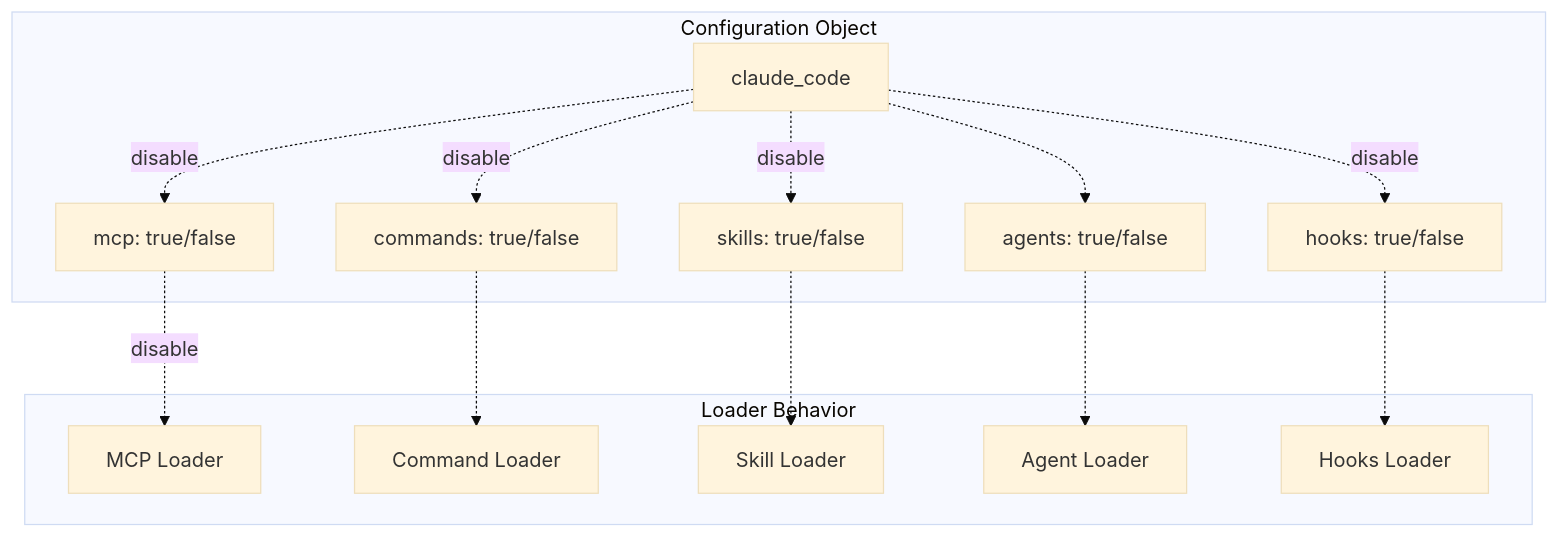
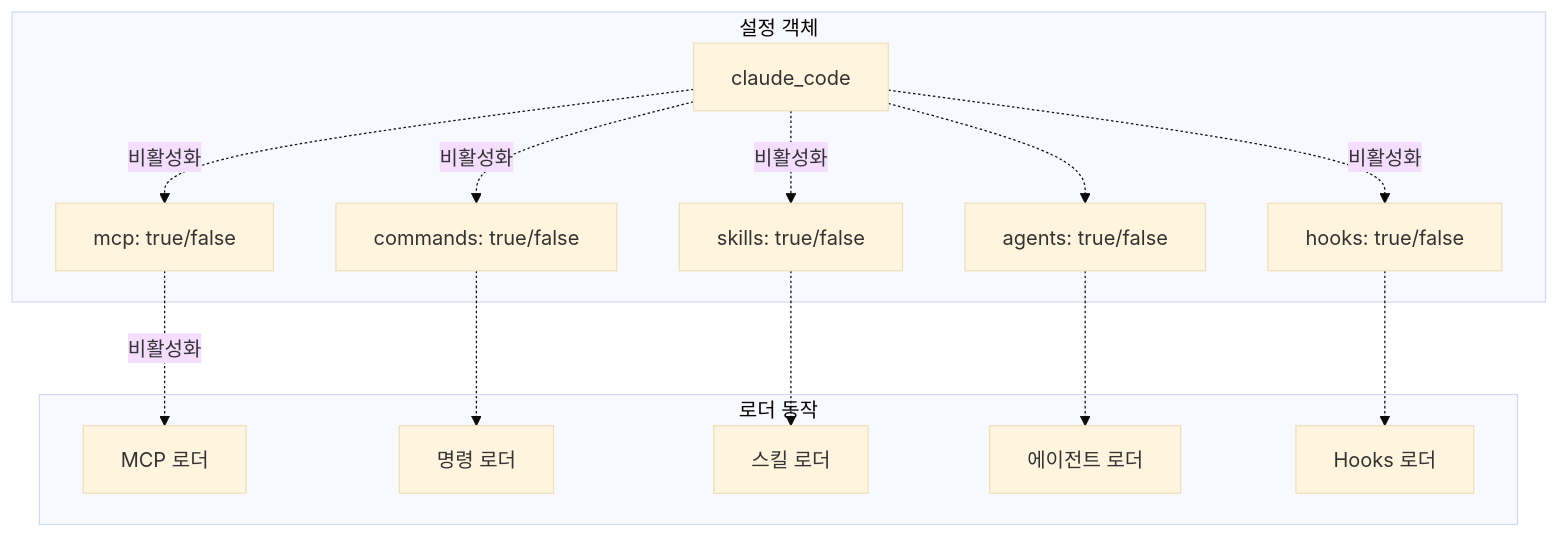
One commit to felipetruman/oh-my-opencode-docs changed diagram 11 of 11 in docs/compatibility/claude-code-compatibility.md. Above: the diagram before and after it, drawn with Mermaid (base theme). The commit also changed other lines of this file and 76 other files, not shown here.

````diff
--- a/docs/compatibility/claude-code-compatibility.md
+++ b/docs/compatibility/claude-code-compatibility.md
@@ -733,43 +733,43 @@
 ```mermaid
 flowchart TD
 
 ClaudeCodeConfig["claude_code"]
 MCPToggle["mcp: true/false"]
 CommandsToggle["commands: true/false"]
 SkillsToggle["skills: true/false"]
 AgentsToggle["agents: true/false"]
 HooksToggle["hooks: true/false"]
-MCPLoader["MCP Loader"]
-CommandLoader["Command Loader"]
-SkillLoader["Skill Loader"]
-AgentLoader["Agent Loader"]
-HooksLoader["Hooks Loader"]
+MCPLoader["MCP 로더"]
+CommandLoader["명령 로더"]
+SkillLoader["스킬 로더"]
+AgentLoader["에이전트 로더"]
+HooksLoader["Hooks 로더"]
 
-MCPToggle -.->|"disable"| MCPLoader
+MCPToggle -.->|"비활성화"| MCPLoader
 CommandsToggle -.-> CommandLoader
 SkillsToggle -.-> SkillLoader
 AgentsToggle -.-> AgentLoader
 HooksToggle -.-> HooksLoader
 
-subgraph subGraph1 ["Loader Behavior"]
+subgraph subGraph1 ["로더 동작"]
     MCPLoader
     CommandLoader
     SkillLoader
     AgentLoader
     HooksLoader
 end
 
-subgraph subGraph0 ["Configuration Object"]
+subgraph subGraph0 ["설정 객체"]
     ClaudeCodeConfig
     MCPToggle
     CommandsToggle
     SkillsToggle
     AgentsToggle
     HooksToggle
-    ClaudeCodeConfig -.->|"disable"| MCPToggle
-    ClaudeCodeConfig -.->|"disable"| CommandsToggle
-    ClaudeCodeConfig -.->|"disable"| SkillsToggle
+    ClaudeCodeConfig -.->|"비활성화"| MCPToggle
+    ClaudeCodeConfig -.->|"비활성화"| CommandsToggle
+    ClaudeCodeConfig -.->|"비활성화"| SkillsToggle
     ClaudeCodeConfig -.-> AgentsToggle
-    ClaudeCodeConfig -.->|"disable"| HooksToggle
+    ClaudeCodeConfig -.->|"비활성화"| HooksToggle
 end
 ```
````
